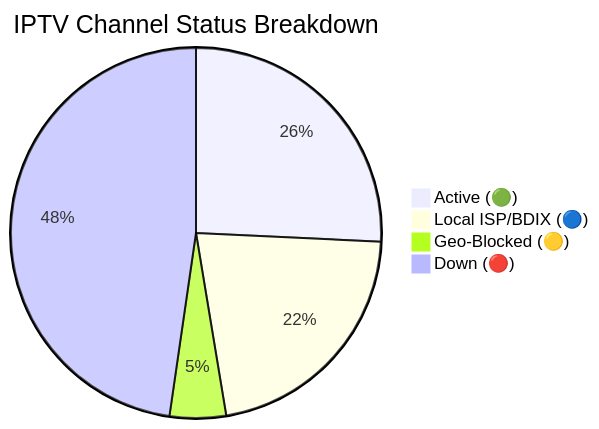
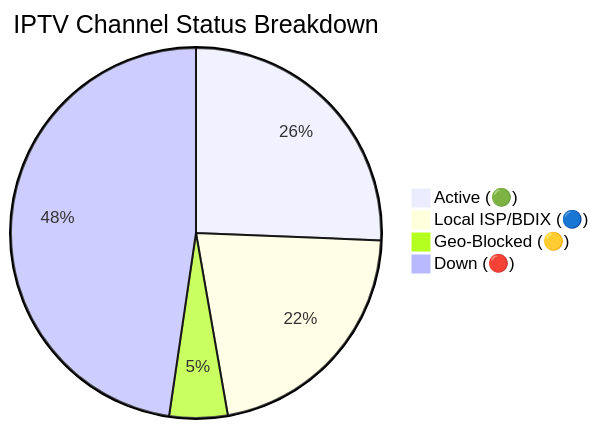
Before and after one commit to Zaman-Topu/Ip-tv-Collection: the diagram in README.md, drawn with Mermaid. The commit also changed other lines of this file and 6 other files, not shown here.

````diff
--- a/README.md
+++ b/README.md
@@ -118,7 +118,7 @@
 ```mermaid
 pie title IPTV Channel Status Breakdown
-    "Active (🟢)" : 10667
+    "Active (🟢)" : 10632
     "Local ISP/BDIX (🔵)" : 8962
-    "Geo-Blocked (🟡)" : 2034
-    "Down (🔴)" : 19762
+    "Geo-Blocked (🟡)" : 2108
+    "Down (🔴)" : 19772
 ```
````
